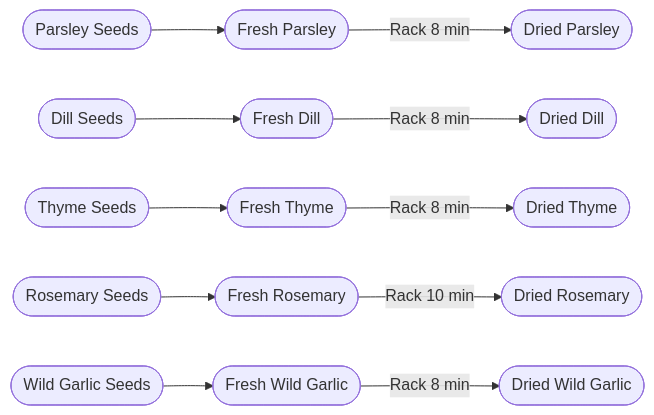
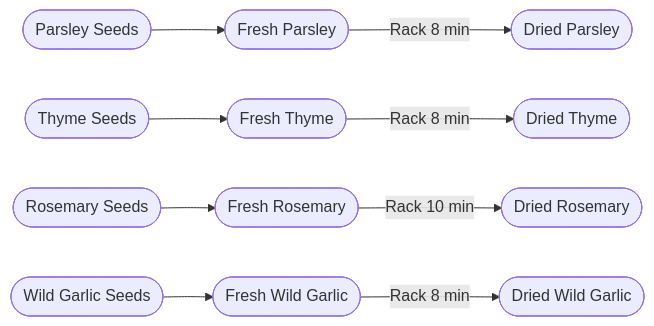
Before and after one commit to Psyern/Psyerns_ChefZ: the fourth of 13 diagrams in ChefZ_Wiki/Production-Chains.md, drawn with Mermaid. The commit also changed other lines of this file and 47 other files, not shown here.

````diff
--- a/ChefZ_Wiki/Production-Chains.md
+++ b/ChefZ_Wiki/Production-Chains.md
@@ -124,13 +120,11 @@
 ```mermaid
 graph LR
   PS(["Parsley Seeds"]) --> PL(["Fresh Parsley"])
-  DS(["Dill Seeds"]) --> DL(["Fresh Dill"])
   TS(["Thyme Seeds"]) --> TH(["Fresh Thyme"])
   RS(["Rosemary Seeds"]) --> RO(["Fresh Rosemary"])
   WS(["Wild Garlic Seeds"]) --> WG(["Fresh Wild Garlic"])
   PL -->|"Rack 8 min"| DPa(["Dried Parsley"])
-  DL -->|"Rack 8 min"| DDi(["Dried Dill"])
   TH -->|"Rack 8 min"| DTh(["Dried Thyme"])
   RO -->|"Rack 10 min"| DRo(["Dried Rosemary"])
   WG -->|"Rack 8 min"| DWg(["Dried Wild Garlic"])
 ```
````
